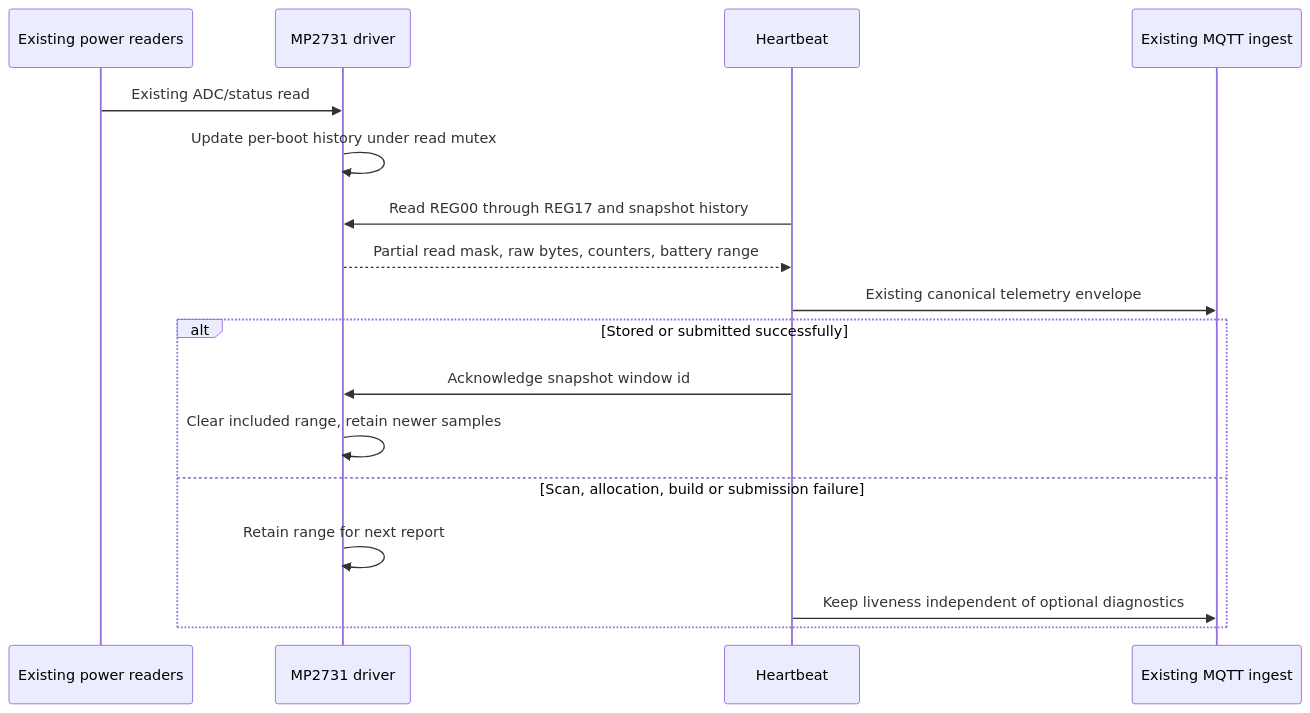
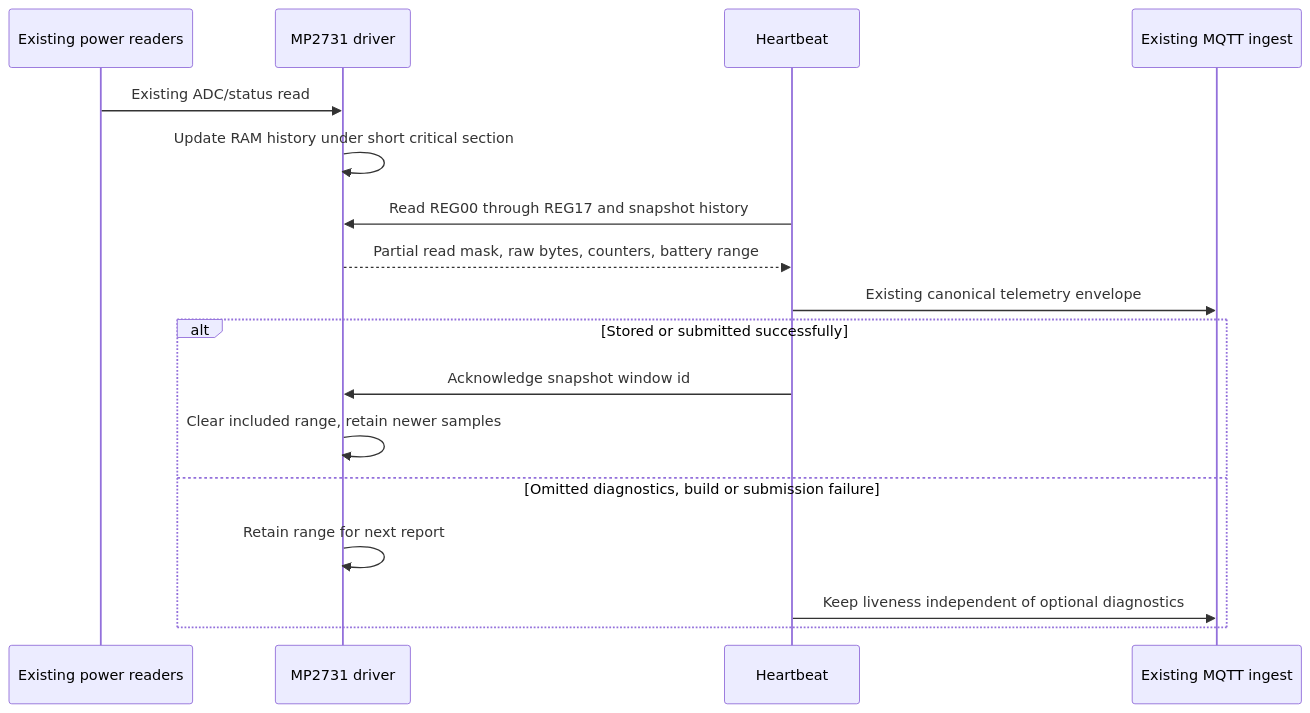
One commit to Jan-IngenHousz-Institute/ambyte-iot changed the diagram in docs/charger-diagnostics.md. Above: the diagram before and after it, drawn with Mermaid. The commit also changed other lines of this file and 26 other files, not shown here.

Commit message:
fix(telemetry): preserve diagnostics across read and allocation failures

````diff
--- a/docs/charger-diagnostics.md
+++ b/docs/charger-diagnostics.md
@@ -14,19 +16,19 @@
 ```mermaid
 sequenceDiagram
     participant R as Existing power readers
     participant D as MP2731 driver
     participant H as Heartbeat
     participant I as Existing MQTT ingest
     R->>D: Existing ADC/status read
-    D->>D: Update per-boot history under read mutex
+    D->>D: Update RAM history under short critical section
     H->>D: Read REG00 through REG17 and snapshot history
     D-->>H: Partial read mask, raw bytes, counters, battery range
     H->>I: Existing canonical telemetry envelope
     alt Stored or submitted successfully
         H->>D: Acknowledge snapshot window id
         D->>D: Clear included range, retain newer samples
-    else Scan, allocation, build or submission failure
+    else Omitted diagnostics, build or submission failure
         D->>D: Retain range for next report
         H->>I: Keep liveness independent of optional diagnostics
     end
 ```
````
